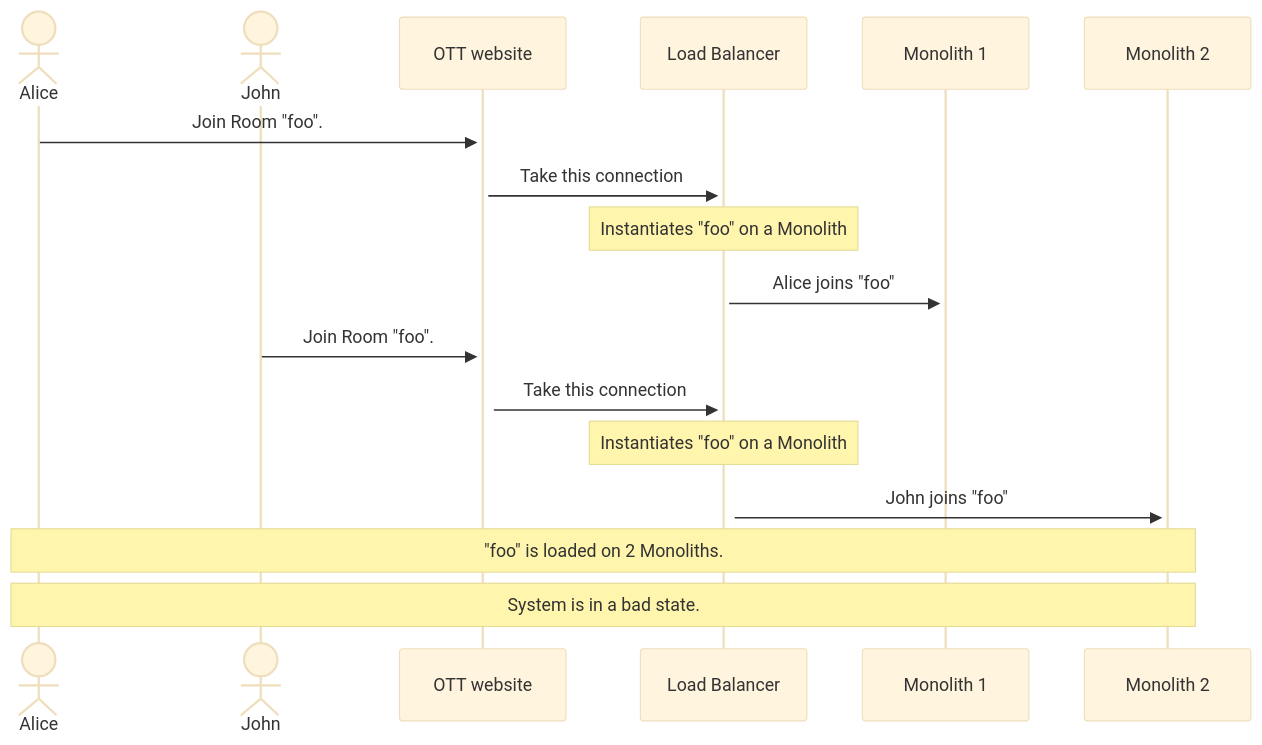
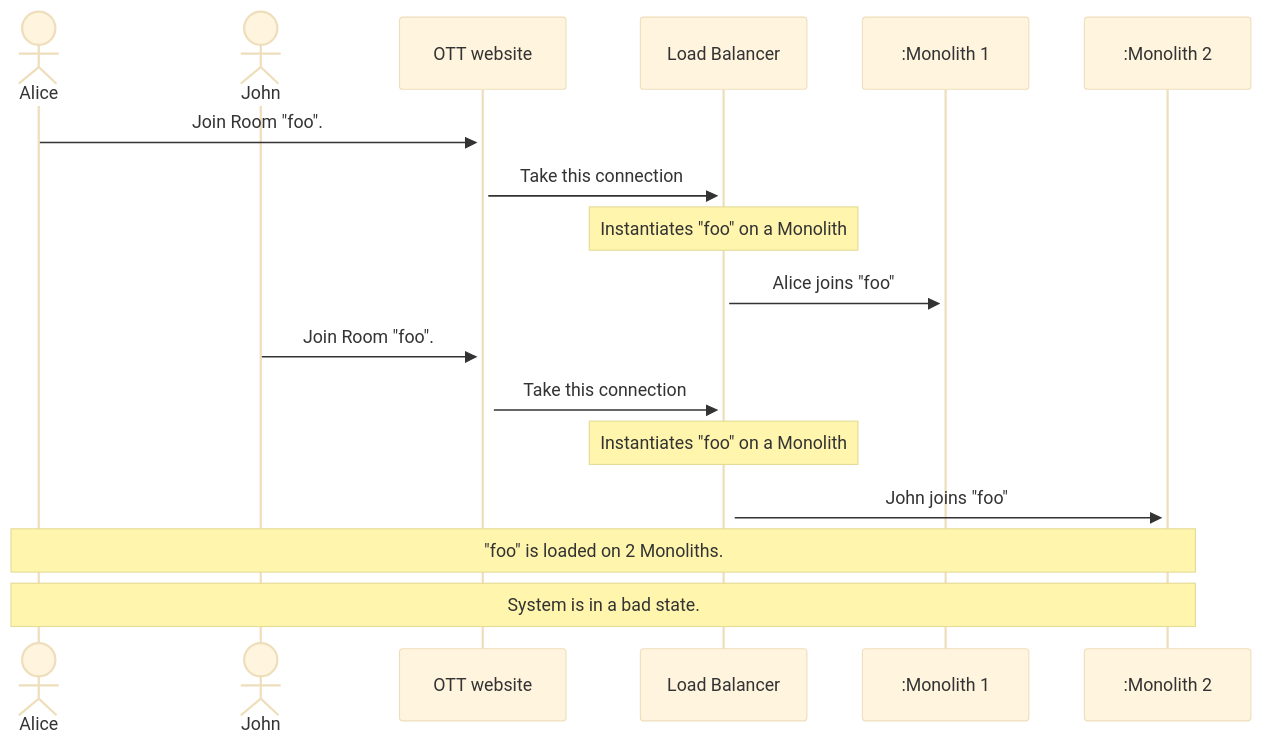
One commit to dyc3/senior-design changed the diagram in figures/join-room-stateless.mmd. Above: the diagram before and after it, drawn with Mermaid (base theme). The commit also changed 1 other file, not shown here.

```diff
--- a/figures/join-room-stateless.mmd
+++ b/figures/join-room-stateless.mmd
@@ -1,17 +1,17 @@
 sequenceDiagram
     actor Alice
     actor John
     participant OTT as OTT website
     participant L as Load Balancer
-    participant M1 as Monolith 1
-    participant M2 as Monolith 2
+    participant M1 as :Monolith 1
+    participant M2 as :Monolith 2
     Alice->>+OTT: Join Room "foo".
     OTT->>+L: Take this connection
     Note over L: Instantiates "foo" on a Monolith
     L->>+M1: Alice joins "foo"
     John->>+OTT: Join Room "foo".
     OTT->>+L: Take this connection
     Note over L: Instantiates "foo" on a Monolith
     L->>+M2: John joins "foo"
     Note over Alice,M2: "foo" is loaded on 2 Monoliths.
     Note over Alice,M2: System is in a bad state.
```
